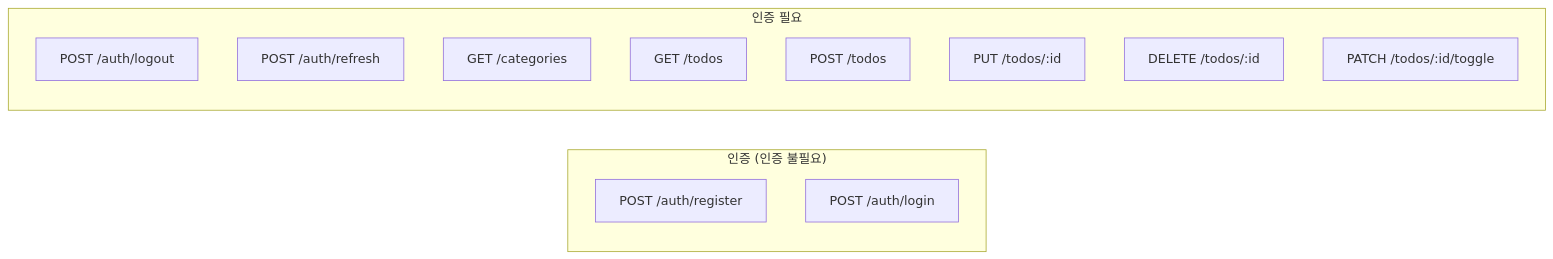
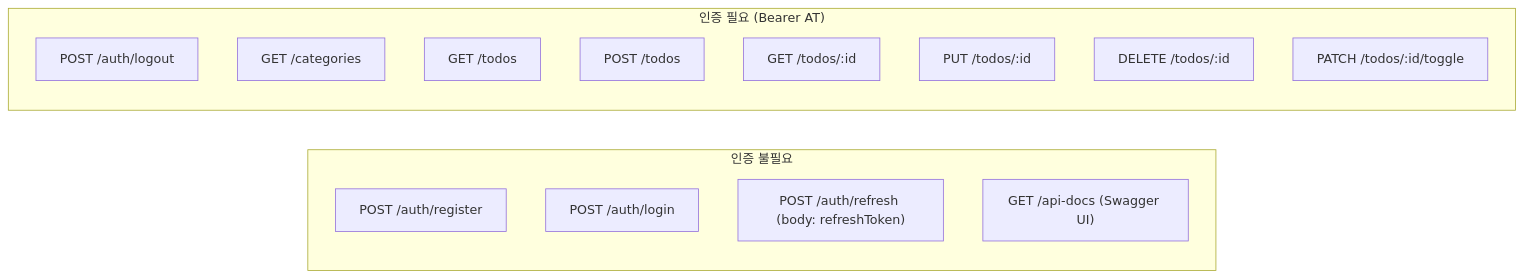
Before and after one commit to suniahn/todolist-app: the sixth of 6 diagrams in docs/5-arch-diagram.md, drawn with Mermaid. The commit also changed 58 other files, not shown here.

````diff
--- a/docs/5-arch-diagram.md
+++ b/docs/5-arch-diagram.md
@@ -129,17 +129,19 @@
 ```mermaid
 graph LR
-    subgraph Auth ["인증 (인증 불필요)"]
+    subgraph Auth ["인증 불필요"]
         A1["POST /auth/register"]
         A2["POST /auth/login"]
+        A3["POST /auth/refresh (body: refreshToken)"]
+        Z1["GET /api-docs (Swagger UI)"]
     end
-    subgraph AuthReq ["인증 필요"]
+    subgraph AuthReq ["인증 필요 (Bearer AT)"]
         B1["POST /auth/logout"]
-        B2["POST /auth/refresh"]
         C1["GET /categories"]
         D1["GET /todos"]
         D2["POST /todos"]
-        D3["PUT /todos/:id"]
-        D4["DELETE /todos/:id"]
-        D5["PATCH /todos/:id/toggle"]
+        D3["GET /todos/:id"]
+        D4["PUT /todos/:id"]
+        D5["DELETE /todos/:id"]
+        D6["PATCH /todos/:id/toggle"]
     end
 ```
````
